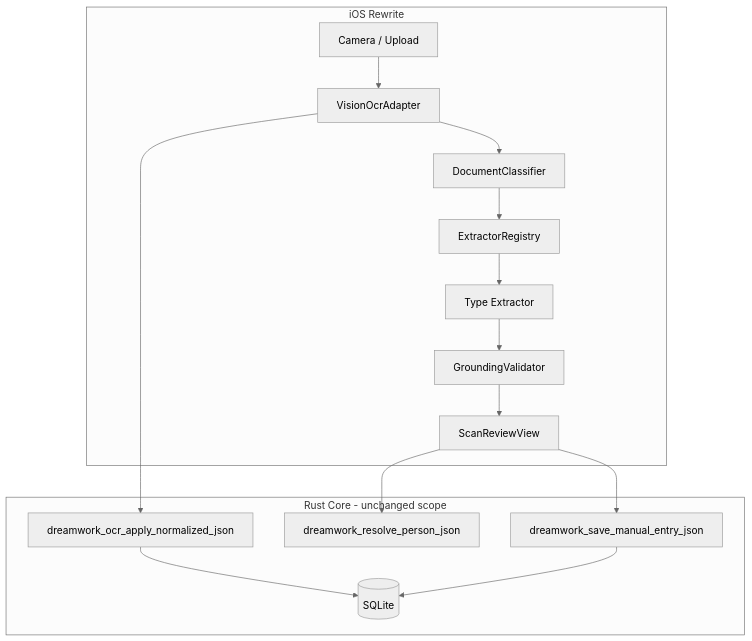
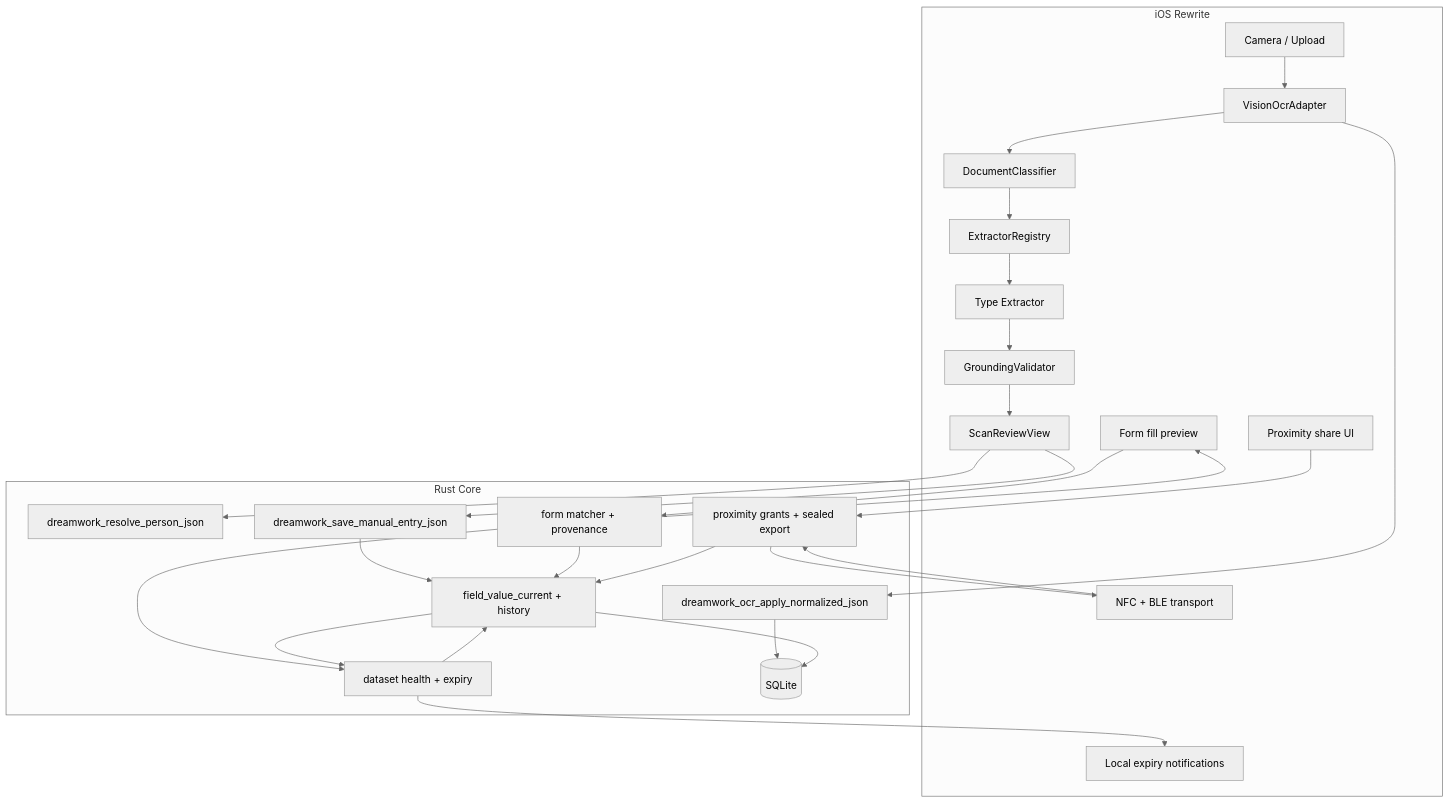
Before and after one commit to gangavhi/dream-work-reality: the diagram in docs/fresh-start-lessons-and-principles.md, drawn with Mermaid (neutral theme). The commit also changed other lines of this file, not shown here.

First line of the commit message:
Expand fresh-start principles with lineage, share, and expiry guardrails.

````diff
--- a/docs/fresh-start-lessons-and-principles.md
+++ b/docs/fresh-start-lessons-and-principles.md
@@ -337,31 +612,51 @@
 ```mermaid
 flowchart TB
   subgraph ios [iOS Rewrite]
     CAM[Camera / Upload]
     VIS[VisionOcrAdapter]
     CLS[DocumentClassifier]
     REG[ExtractorRegistry]
     EXT[Type Extractor]
     GRD[GroundingValidator]
     REV[ScanReviewView]
+    FRM[Form fill preview]
+    SHR[Proximity share UI]
+    NFC[NFC + BLE transport]
+    NOTIF[Local expiry notifications]
   end
 
-  subgraph rust [Rust Core - unchanged scope]
+  subgraph rust [Rust Core]
     OCR_INGEST[dreamwork_ocr_apply_normalized_json]
     RESOLVE[dreamwork_resolve_person_json]
     SAVE[dreamwork_save_manual_entry_json]
+    HIST[field_value_current + history]
+    MATCH[form matcher + provenance]
+    EXPIRY[dataset health + expiry]
+    PROX[proximity grants + sealed export]
     DB[(SQLite)]
   end
 
   CAM --> VIS
   VIS --> OCR_INGEST
   VIS --> CLS
   CLS --> REG
   REG --> EXT
   EXT --> GRD
   GRD --> REV
   REV --> RESOLVE
   REV --> SAVE
   OCR_INGEST --> DB
-  SAVE --> DB
+  SAVE --> HIST
+  HIST --> DB
+  FRM --> MATCH
+  MATCH --> EXPIRY
+  EXPIRY --> HIST
+  MATCH --> HIST
+  MATCH --> FRM
+  EXPIRY --> NOTIF
+  HIST --> EXPIRY
+  SHR --> PROX
+  PROX --> NFC
+  NFC --> PROX
+  PROX --> HIST
 ```
````
